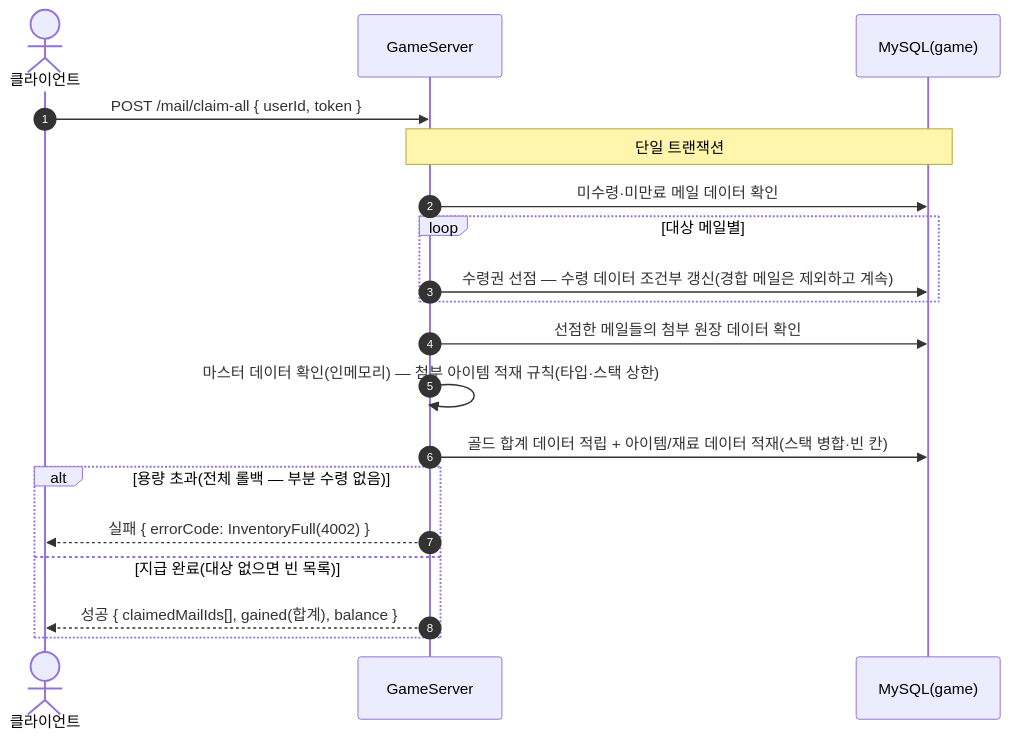
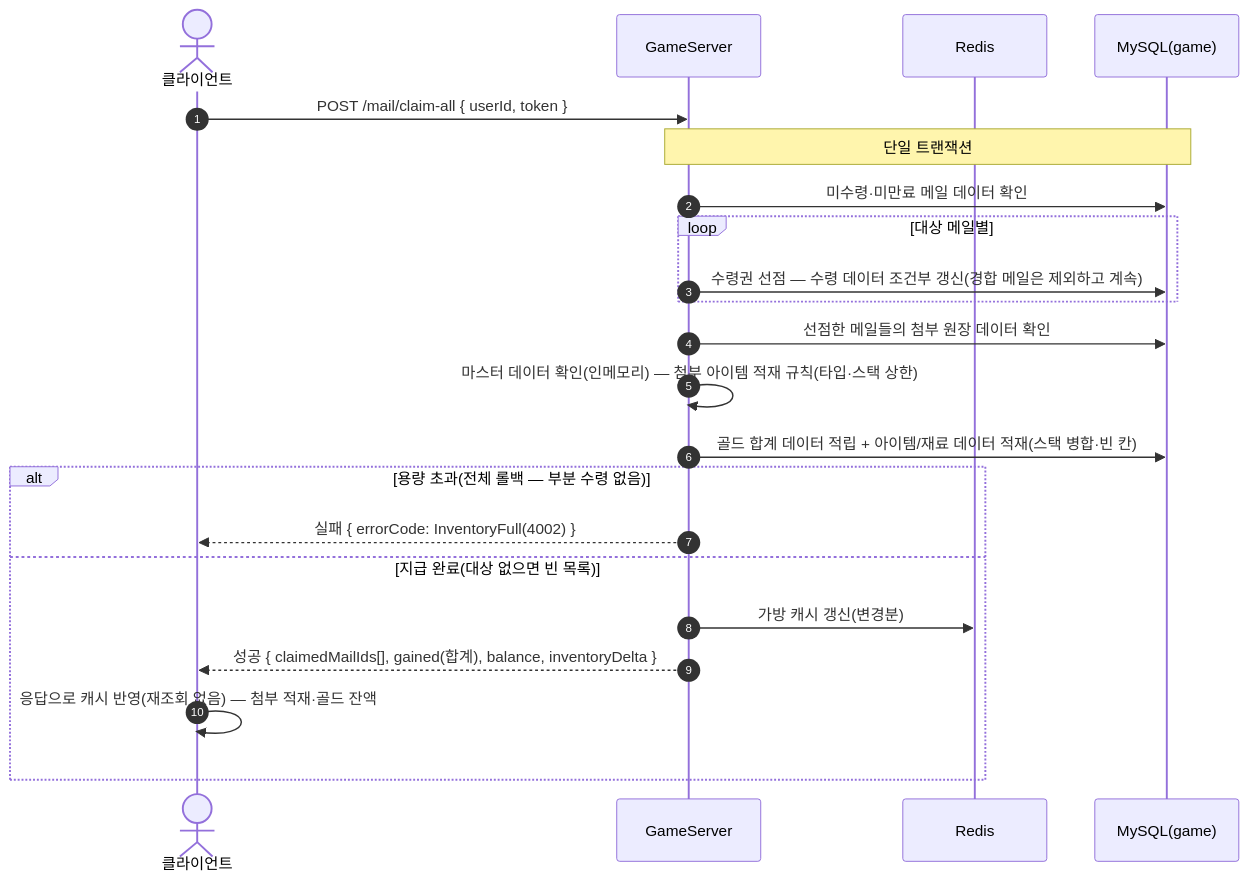
Before and after one commit to ks-wook/com2us-taskbar-hero: diagram 32 of 35 in SequenceDiagram/README.md, drawn with Mermaid. The commit also changed other lines of this file and 13 other files, not shown here.

````diff
--- a/SequenceDiagram/README.md
+++ b/SequenceDiagram/README.md
@@ -1002,22 +1055,25 @@
 ```mermaid
 sequenceDiagram
     autonumber
     actor C as 클라이언트
     participant S as GameServer
+    participant R as Redis
     participant DB as MySQL(game)
 
     C->>S: POST /mail/claim-all { userId, token }
     Note over S,DB: 단일 트랜잭션
     S->>DB: 미수령·미만료 메일 데이터 확인
     loop 대상 메일별
         S->>DB: 수령권 선점 — 수령 데이터 조건부 갱신(경합 메일은 제외하고 계속)
     end
     S->>DB: 선점한 메일들의 첨부 원장 데이터 확인
     S->>S: 마스터 데이터 확인(인메모리) — 첨부 아이템 적재 규칙(타입·스택 상한)
     S->>DB: 골드 합계 데이터 적립 + 아이템/재료 데이터 적재(스택 병합·빈 칸)
     alt 용량 초과(전체 롤백 — 부분 수령 없음)
         S-->>C: 실패 { errorCode: InventoryFull(4002) }
     else 지급 완료(대상 없으면 빈 목록)
-        S-->>C: 성공 { claimedMailIds[], gained(합계), balance }
+        S->>R: 가방 캐시 갱신(변경분)
+        S-->>C: 성공 { claimedMailIds[], gained(합계), balance, inventoryDelta }
+        C->>C: 응답으로 캐시 반영(재조회 없음) — 첨부 적재·골드 잔액
     end
 ```
````
